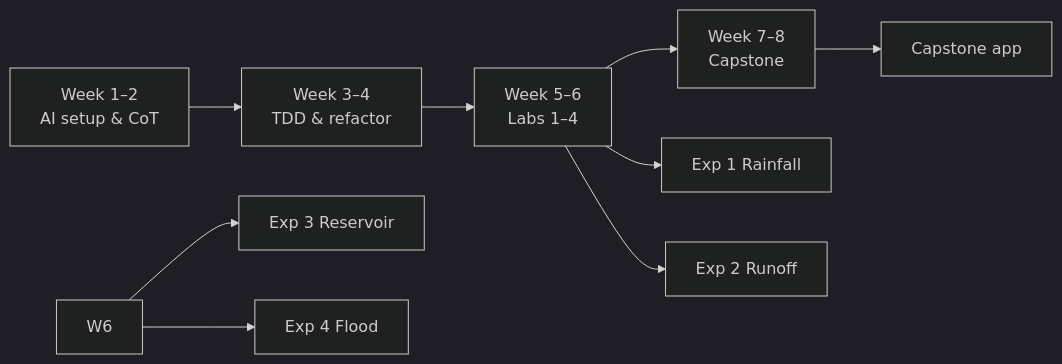
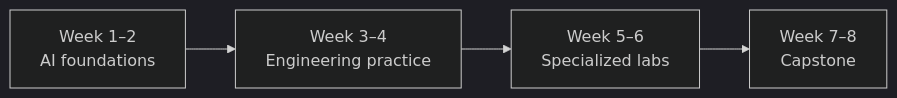
Before and after one commit to mahmud456alhasan-debug/smart-water-capstone: the diagram in lab_reports/README.md, drawn with Mermaid (dark theme). The commit also changed other lines of this file and 10 other files, not shown here.

````diff
--- a/lab_reports/README.md
+++ b/lab_reports/README.md
@@ -37,13 +28,8 @@
 ```mermaid
 flowchart LR
-    W1["Week 1–2<br/>AI setup & CoT"]
-    W3["Week 3–4<br/>TDD & refactor"]
-    W5["Week 5–6<br/>Labs 1–4"]
+    W1["Week 1–2<br/>AI foundations"]
+    W3["Week 3–4<br/>Engineering practice"]
+    W5["Week 5–6<br/>Specialized labs"]
     W7["Week 7–8<br/>Capstone"]
     W1 --> W3 --> W5 --> W7
-    W5 --> E1["Exp 1 Rainfall"]
-    W5 --> E2["Exp 2 Runoff"]
-    W6 --> E3["Exp 3 Reservoir"]
-    W6 --> E4["Exp 4 Flood"]
-    W7 --> CAP["Capstone app"]
 ```
````
